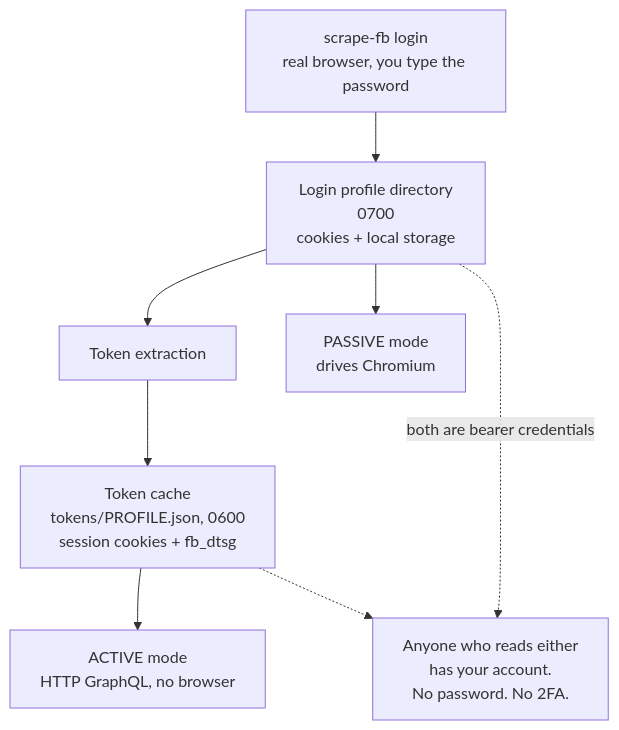
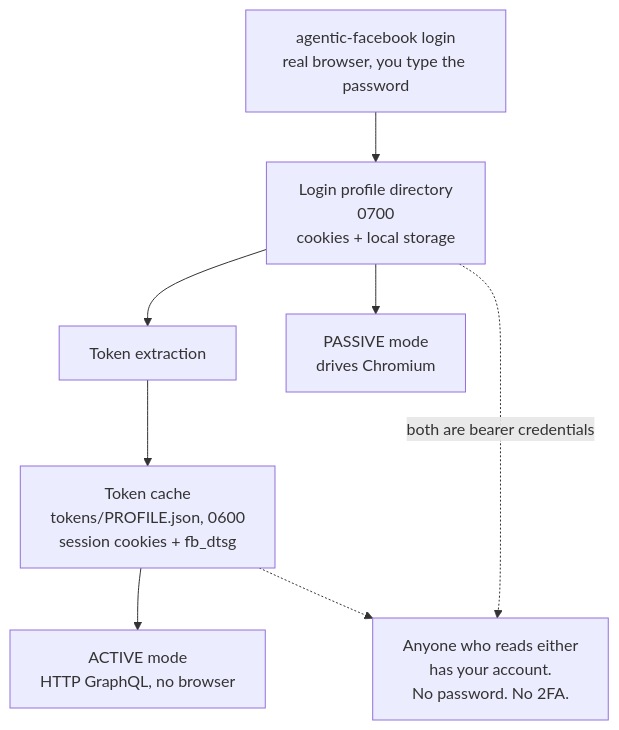
Before and after one commit to tjdwls101010/Scraper-for-Facebook: the diagram in docs/wiki/Security-and-Privacy.md, drawn with Mermaid. The commit also changed other lines of this file and 59 other files, not shown here.

First line of the commit message:
Rename to Agentic Facebook (package, CLI, module, docs) (#1)

````diff
--- a/docs/wiki/Security-and-Privacy.md
+++ b/docs/wiki/Security-and-Privacy.md
@@ -13,10 +13,10 @@
 ```mermaid
 flowchart TD
-    A[scrape-fb login<br/>real browser, you type the password] --> B[Login profile directory<br/>0700<br/>cookies + local storage]
+    A[agentic-facebook login<br/>real browser, you type the password] --> B[Login profile directory<br/>0700<br/>cookies + local storage]
     B --> C[Token extraction]
     C --> D[Token cache<br/>tokens/PROFILE.json, 0600<br/>session cookies + fb_dtsg]
     D --> E[ACTIVE mode<br/>HTTP GraphQL, no browser]
     B --> F[PASSIVE mode<br/>drives Chromium]
     B -.->|both are bearer credentials| G[Anyone who reads either<br/>has your account.<br/>No password. No 2FA.]
     D -.-> G
 ```
````
